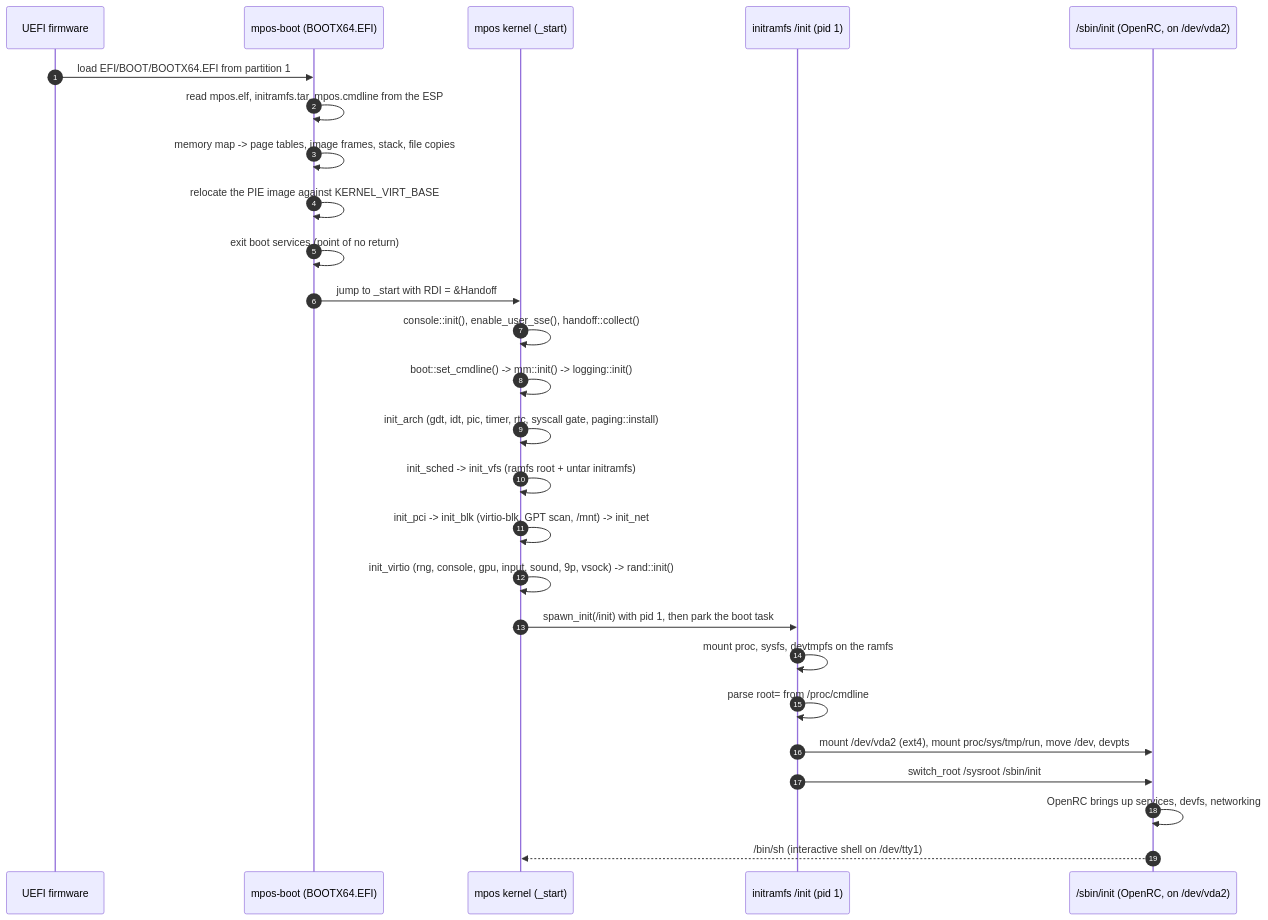
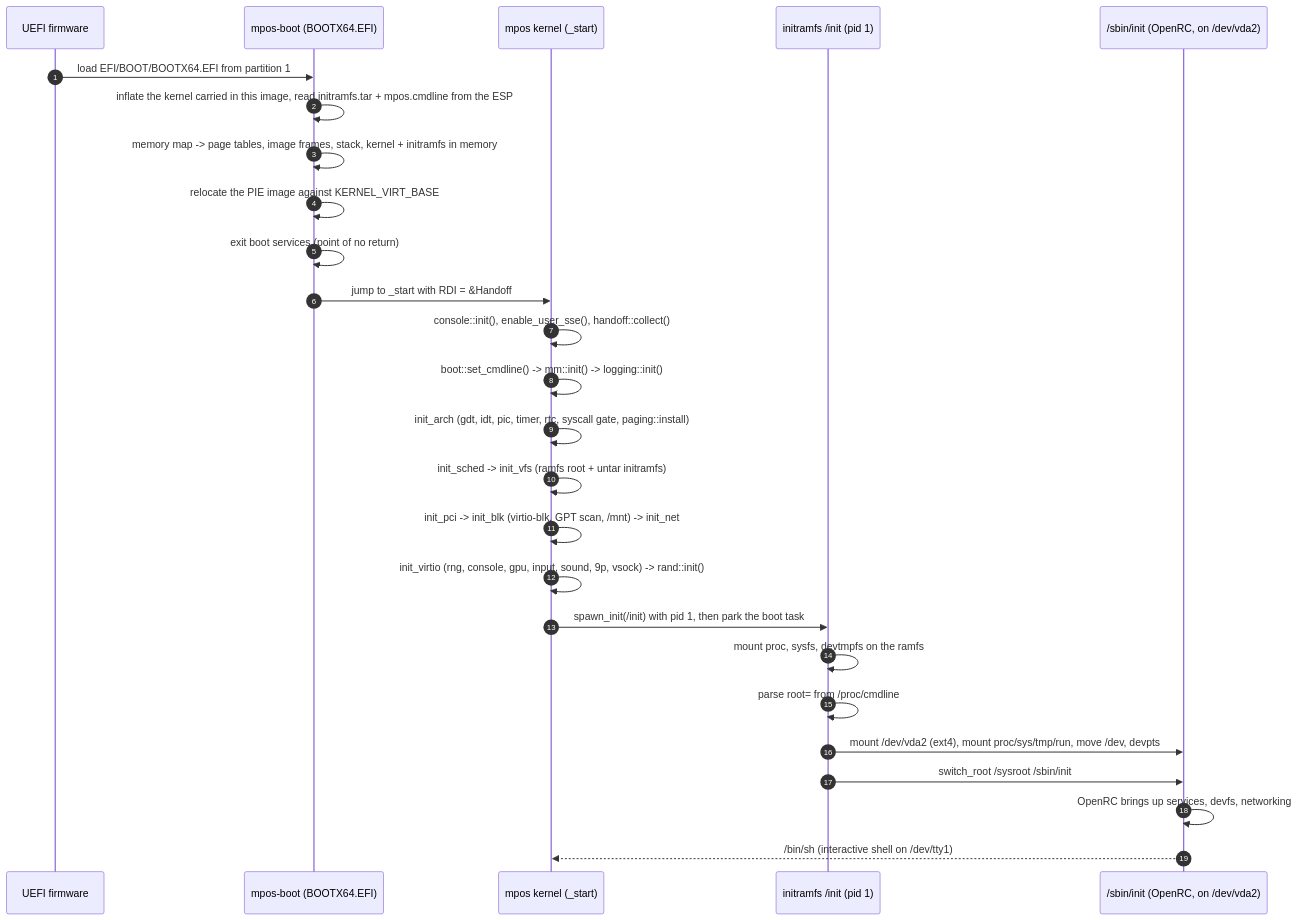
Before and after one commit to sgj123456/MPOS: the third of 5 diagrams in docs/ARCHITECTURE.md, drawn with Mermaid. The commit also changed other lines of this file and 20 other files, not shown here.

````diff
--- a/docs/ARCHITECTURE.md
+++ b/docs/ARCHITECTURE.md
@@ -289,29 +289,29 @@
 ```mermaid
 sequenceDiagram
     autonumber
     participant FW as UEFI firmware
     participant L as mpos-boot (BOOTX64.EFI)
     participant K as mpos kernel (_start)
     participant I as initramfs /init (pid 1)
     participant R as /sbin/init (OpenRC, on /dev/vda2)
 
     FW->>L: load EFI/BOOT/BOOTX64.EFI from partition 1
-    L->>L: read mpos.elf, initramfs.tar, mpos.cmdline from the ESP
-    L->>L: memory map -> page tables, image frames, stack, file copies
+    L->>L: inflate the kernel carried in this image, read initramfs.tar + mpos.cmdline from the ESP
+    L->>L: memory map -> page tables, image frames, stack, kernel + initramfs in memory
     L->>L: relocate the PIE image against KERNEL_VIRT_BASE
     L->>L: exit boot services (point of no return)
     L->>K: jump to _start with RDI = &Handoff
     K->>K: console::init(), enable_user_sse(), handoff::collect()
     K->>K: boot::set_cmdline() -> mm::init() -> logging::init()
     K->>K: init_arch (gdt, idt, pic, timer, rtc, syscall gate, paging::install)
     K->>K: init_sched -> init_vfs (ramfs root + untar initramfs)
     K->>K: init_pci -> init_blk (virtio-blk, GPT scan, /mnt) -> init_net
     K->>K: init_virtio (rng, console, gpu, input, sound, 9p, vsock) -> rand::init()
     K->>I: spawn_init(/init) with pid 1, then park the boot task
     I->>I: mount proc, sysfs, devtmpfs on the ramfs
     I->>I: parse root= from /proc/cmdline
     I->>R: mount /dev/vda2 (ext4), mount proc/sys/tmp/run, move /dev, devpts
     I->>R: switch_root /sysroot /sbin/init
     R->>R: OpenRC brings up services, devfs, networking
     R-->>K: /bin/sh (interactive shell on /dev/tty1)
 ```
````
